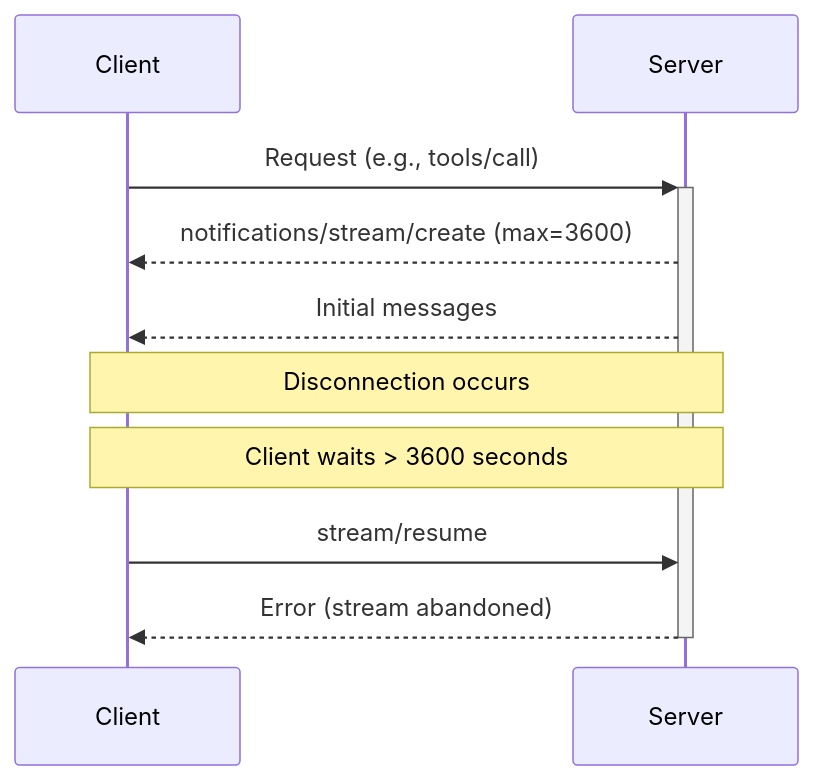
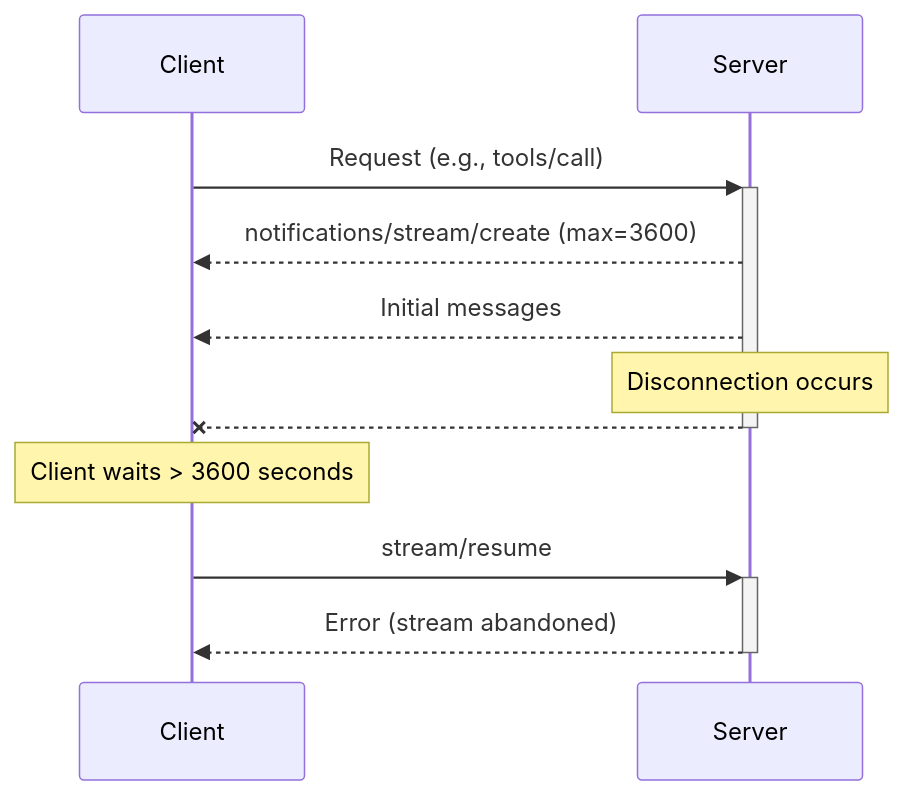
Before and after one commit to modelcontextprotocol/specification: the third of 4 diagrams in docs/specification/draft/basic/streams.mdx, drawn with Mermaid. The commit also changed other lines of this file, not shown here.

````diff
--- a/docs/specification/draft/basic/streams.mdx
+++ b/docs/specification/draft/basic/streams.mdx
@@ -184,15 +172,17 @@
 ```mermaid
 sequenceDiagram
     participant Client
     participant Server
 
     Client->>+Server: Request (e.g., tools/call)
     Server-->>Client: notifications/stream/create (max=3600)
     Server-->>Client: Initial messages
 
-    Note over Client,Server: Disconnection occurs
-    Note over Client,Server: Client waits > 3600 seconds
+    Note over Server: Disconnection occurs
+    Server--x-Client:
 
-    Client->>Server: stream/resume
+    Note over Client: Client waits > 3600 seconds
+
+    Client->>+Server: stream/resume
     Server-->>-Client: Error (stream abandoned)
 ```
````
